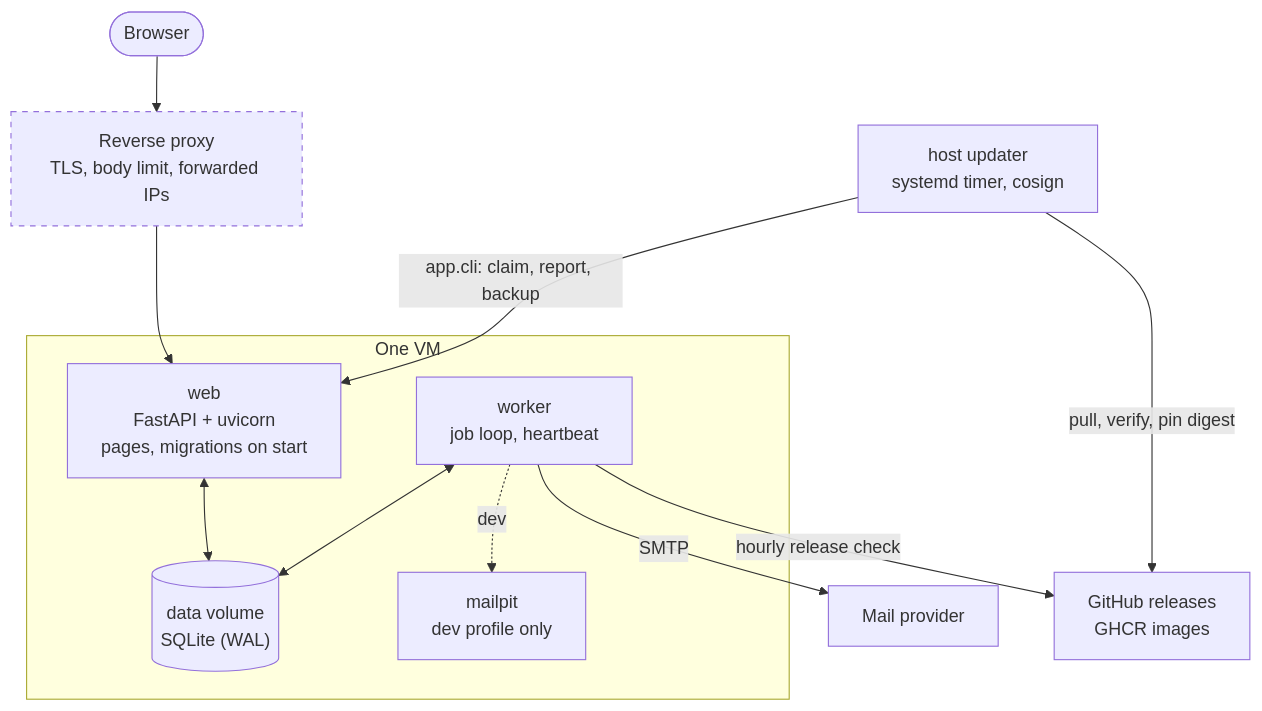
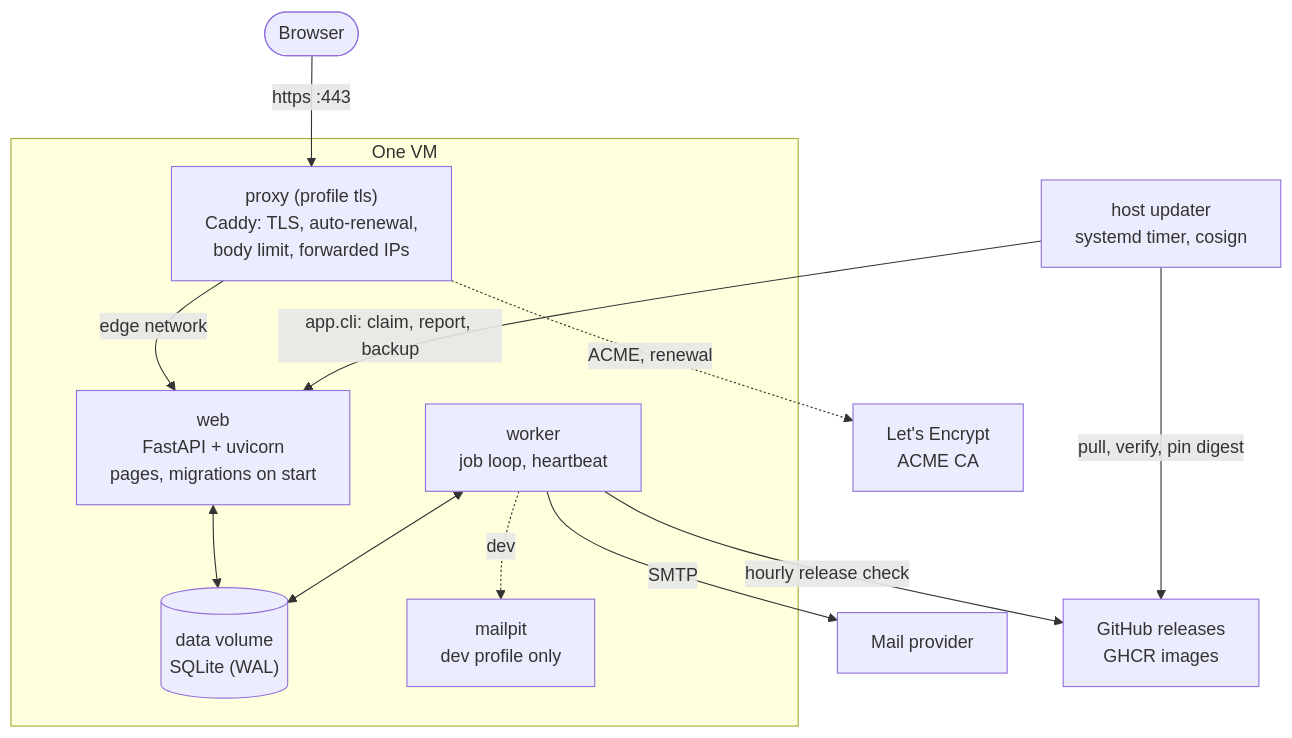
Before and after one commit to 3Corners-Labs/OpenPlanner: the second of 13 diagrams in docs/architecture.md, drawn with Mermaid. The commit also changed other lines of this file and 16 other files, not shown here.

First line of the commit message:
feat(deploy): HTTPS with free, auto-renewed Let's Encrypt certificates (ADR 0030) (#35)

````diff
--- a/docs/architecture.md
+++ b/docs/architecture.md
@@ -81,28 +81,28 @@
 ```mermaid
 flowchart TB
     browser([Browser])
-    proxy[Reverse proxy<br/>TLS, body limit, forwarded IPs]
+    acme[Let's Encrypt<br/>ACME CA]
 
     subgraph host [One VM]
+        proxy["proxy (profile tls)<br/>Caddy: TLS, auto-renewal,<br/>body limit, forwarded IPs"]
         web["web<br/>FastAPI + uvicorn<br/>pages, migrations on start"]
         worker["worker<br/>job loop, heartbeat"]
         volume[("data volume<br/>SQLite (WAL)")]
         mailpit["mailpit<br/>dev profile only"]
     end
 
     smtp[Mail provider]
     github[GitHub releases<br/>GHCR images]
     updater["host updater<br/>systemd timer, cosign"]
 
-    browser --> proxy --> web
+    browser -- "https :443" --> proxy -- edge network --> web
+    proxy -. "ACME, renewal" .-> acme
     web <--> volume
     worker <--> volume
     worker -- SMTP --> smtp
     worker -- hourly release check --> github
     updater -- "app.cli: claim, report, backup" --> web
     updater -- "pull, verify, pin digest" --> github
     worker -. dev .-> mailpit
 
-    classDef planned stroke-dasharray: 5 5
-    class proxy planned
 ```
````
